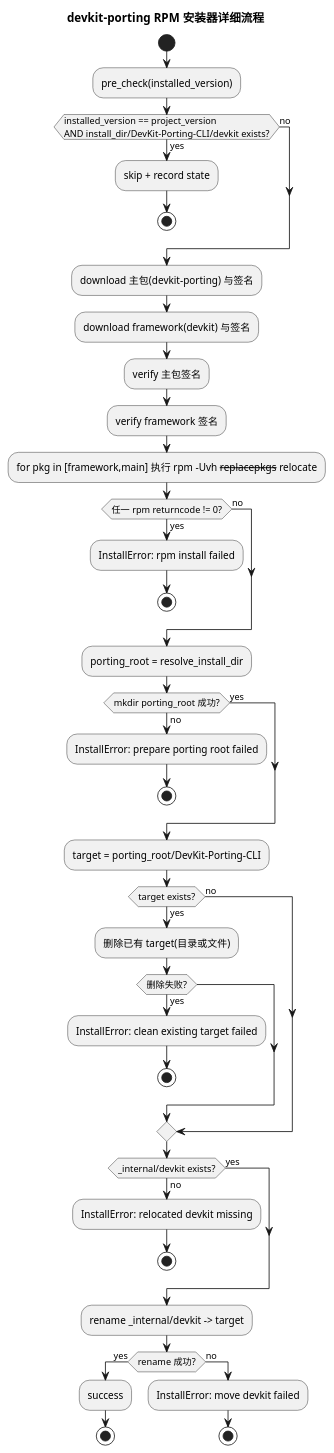
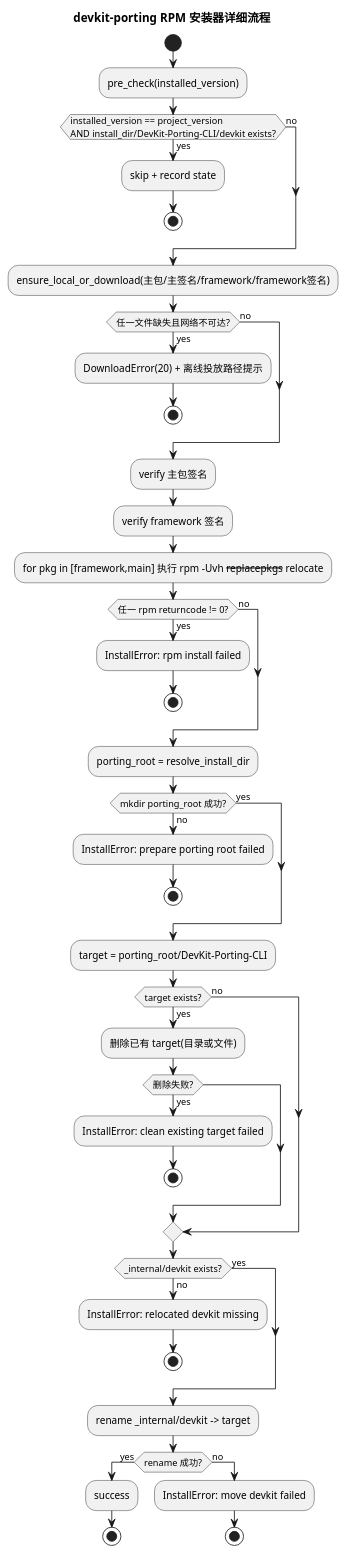
The diagram in docs/puml/porting_cli_rpm_installer_activity.puml (F350150/package), drawn with PlantUML before and after one commit. The commit also changed 46 other files, not shown here.

Commit message:
feat: refactor installer flow and docs with offline-first runtime design

```diff
--- a/docs/puml/porting_cli_rpm_installer_activity.puml
+++ b/docs/puml/porting_cli_rpm_installer_activity.puml
@@ -1,58 +1,62 @@
 @startuml
 
 title devkit-porting RPM 安装器详细流程
 
 start
 :pre_check(installed_version);
 if (installed_version == project_version\nAND install_dir/DevKit-Porting-CLI/devkit exists?) then (yes)
   :skip + record state;
   stop
 else (no)
 endif
 
-:download 主包(devkit-porting) 与签名;
-:download framework(devkit) 与签名;
+:ensure_local_or_download(主包/主签名/framework/framework签名);
+if (任一文件缺失且网络不可达?) then (yes)
+  :DownloadError(20) + 离线投放路径提示;
+  stop
+else (no)
+endif
 
 :verify 主包签名;
 :verify framework 签名;
 
 :for pkg in [framework,main] 执行 rpm -Uvh --replacepkgs --relocate;
 if (任一 rpm returncode != 0?) then (yes)
   :InstallError: rpm install failed;
   stop
 else (no)
 endif
 
 :porting_root = resolve_install_dir;
 if (mkdir porting_root 成功?) then (yes)
 else (no)
   :InstallError: prepare porting root failed;
   stop
 endif
 
 :target = porting_root/DevKit-Porting-CLI;
 if (target exists?) then (yes)
   :删除已有 target(目录或文件);
   if (删除失败?) then (yes)
     :InstallError: clean existing target failed;
     stop
   endif
 else (no)
 endif
 
 if (_internal/devkit exists?) then (yes)
 else (no)
   :InstallError: relocated devkit missing;
   stop
 endif
 
 :rename _internal/devkit -> target;
 if (rename 成功?) then (yes)
   :success;
   stop
 else (no)
   :InstallError: move devkit failed;
   stop
 endif
 
 @enduml
```
